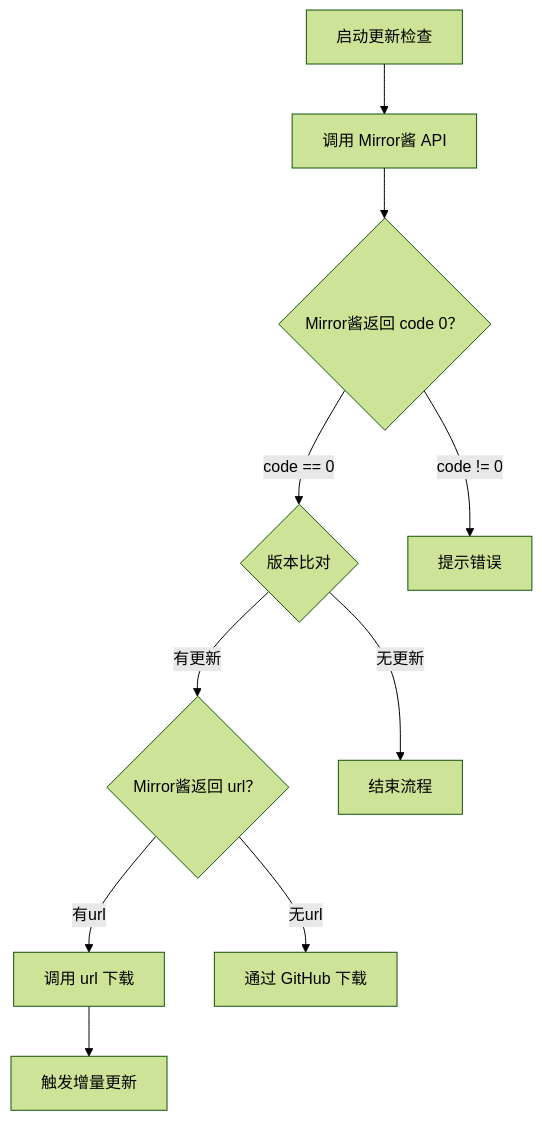
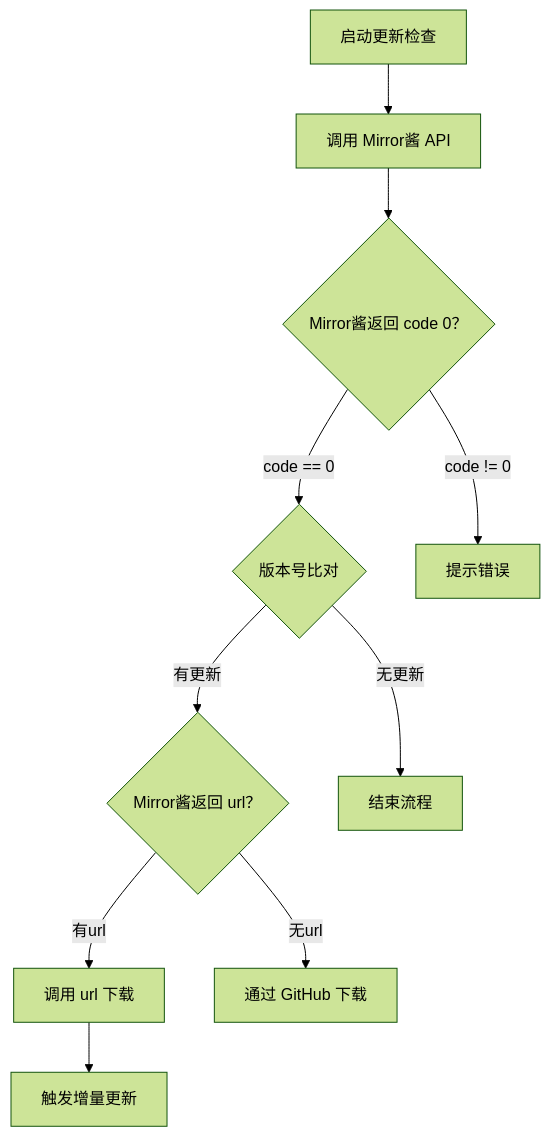
The diagram in README.md (MirrorChyan/docs), drawn with Mermaid (forest theme) before and after one commit.

Commit message:
docs: 微调流程图

````diff
--- a/README.md
+++ b/README.md
@@ -71,12 +71,12 @@
 ```mermaid
 graph TD
     A[启动更新检查] --> B[调用 Mirror酱 API]
     B --> C{Mirror酱返回 code 0？}
-    C -->|code == 0| D{版本比对}
+    C -->|code == 0| D{版本号比对}
     C -->|code != 0| Y[提示错误]
     D -->|有更新| F{Mirror酱返回 url？}
     D -->|无更新| Z[结束流程]
     F -->|有url| G[调用 url 下载]
     F -->|无url| H[通过 GitHub 下载]
     G --> I[触发增量更新]
 ```
````
